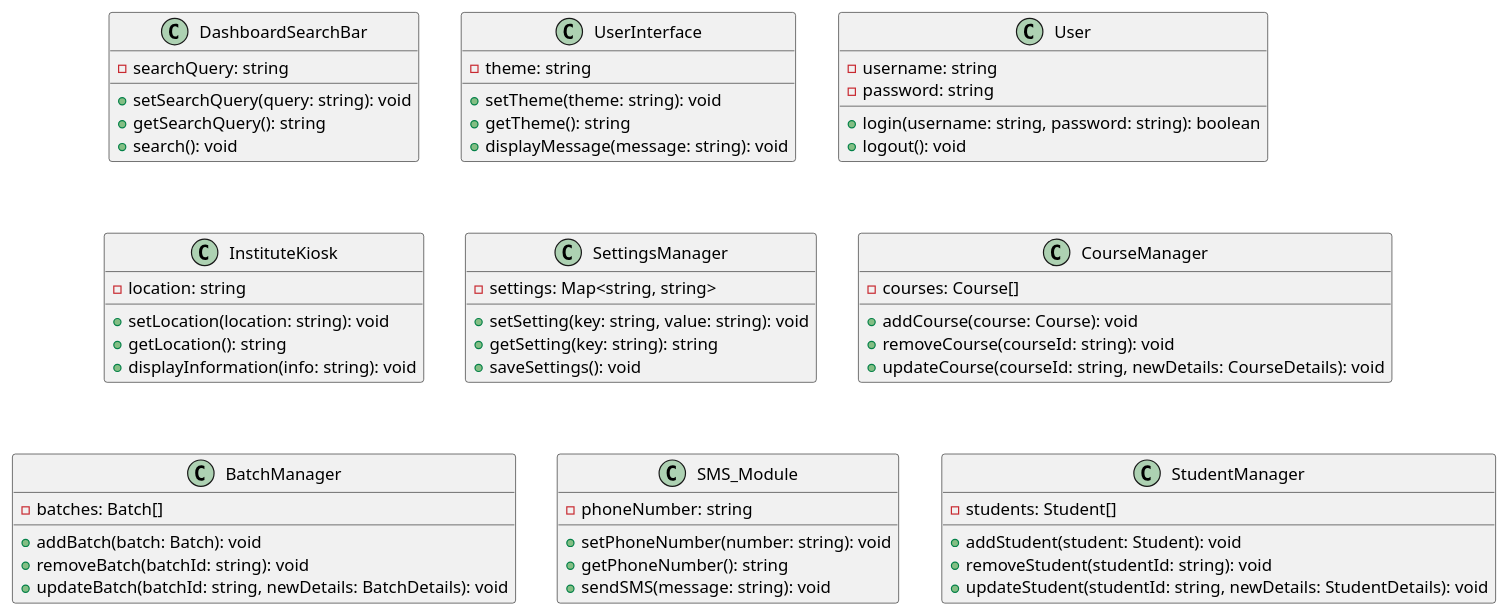
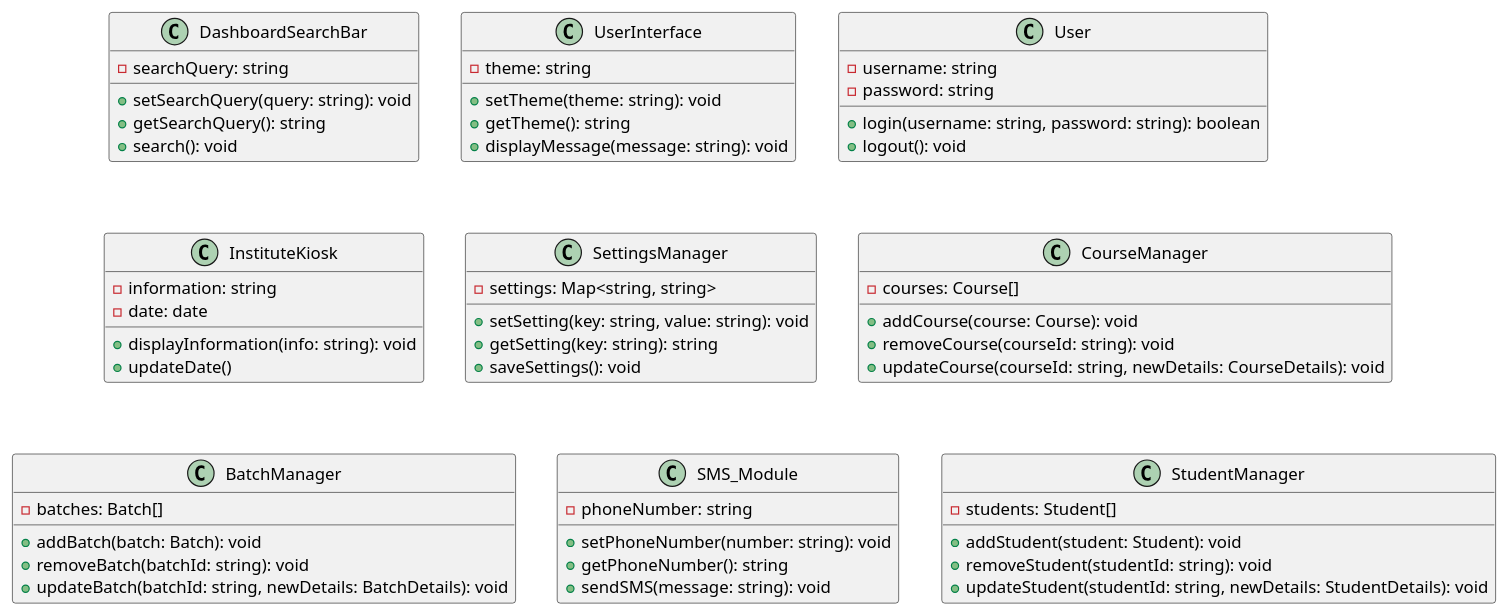
Before and after one commit to anshium/DASS-Assignment-3-IMS-System-Design: the diagram in dashboard.plantuml, drawn with PlantUML.

Commit message:
change dashboard

```diff
--- a/dashboard.plantuml
+++ b/dashboard.plantuml
@@ -1,75 +1,75 @@
 @startuml dashboard
 
 class DashboardSearchBar {
     - searchQuery: string
     + setSearchQuery(query: string): void
     + getSearchQuery(): string
     + search(): void
 }
 
 class UserInterface {
     - theme: string
     + setTheme(theme: string): void
     + getTheme(): string
     + displayMessage(message: string): void
 }
 
 class User {
     - username: string
     - password: string
     + login(username: string, password: string): boolean
     + logout(): void
 }
 
 class InstituteKiosk {
-    - location: string
-    + setLocation(location: string): void
-    + getLocation(): string
+	- information: string
+	- date: date
     + displayInformation(info: string): void
+	+ updateDate()
 }
 
 class SettingsManager {
     - settings: Map<string, string>
     + setSetting(key: string, value: string): void
     + getSetting(key: string): string
     + saveSettings(): void
 }
 
 class CourseManager {
     - courses: Course[]
     + addCourse(course: Course): void
     + removeCourse(courseId: string): void
     + updateCourse(courseId: string, newDetails: CourseDetails): void
 }
 
 class BatchManager {
     - batches: Batch[]
     + addBatch(batch: Batch): void
     + removeBatch(batchId: string): void
     + updateBatch(batchId: string, newDetails: BatchDetails): void
 }
 
 class SMS_Module {
     - phoneNumber: string
     + setPhoneNumber(number: string): void
     + getPhoneNumber(): string
     + sendSMS(message: string): void
 }
 
 class StudentManager {
     - students: Student[]
     + addStudent(student: Student): void
     + removeStudent(studentId: string): void
     + updateStudent(studentId: string, newDetails: StudentDetails): void
 	'Student categories need to be added'
 }
 
 ' DashboardSearchBar -- UserInterface
 ' UserInterface -- User
 ' User -- InstituteKiosk
 ' SettingsManager -- UserInterface
 ' CourseManager -- BatchManager
 ' SMS_Module -- UserInterface
 ' StudentManager -- CourseManager
 
 @enduml
```
